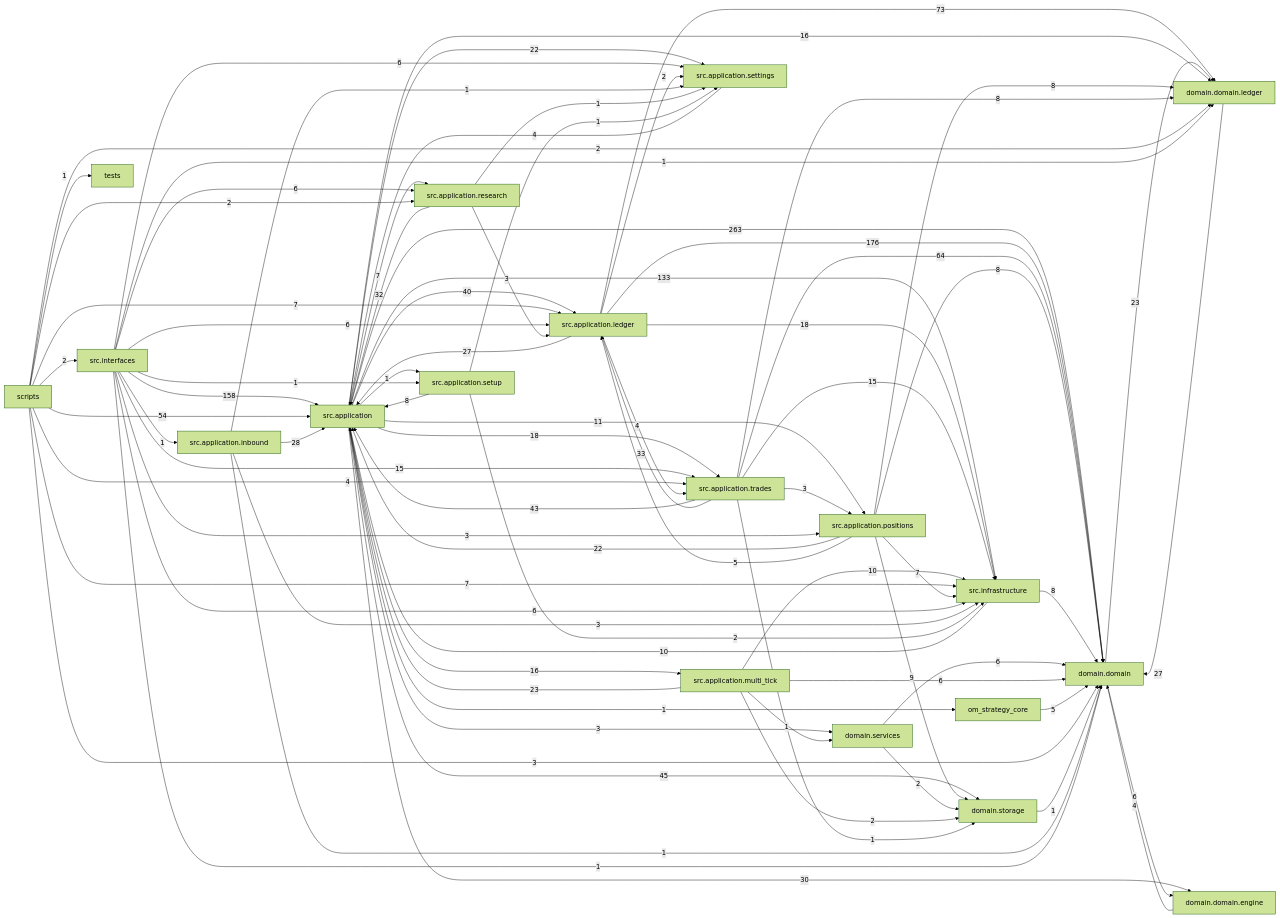
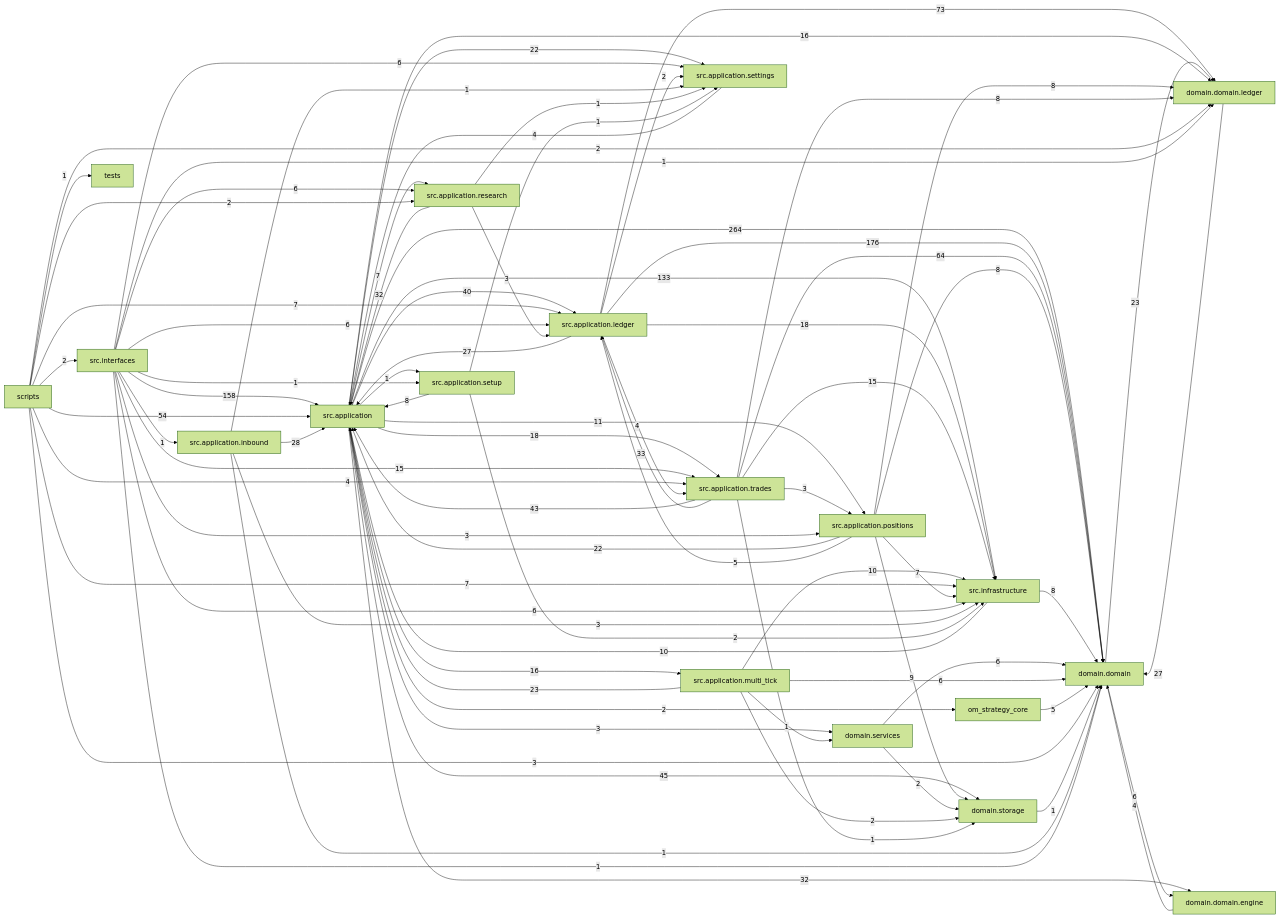
The diagram in docs/dependency_graph.mmd (liuxie066/options-monitor), drawn with Mermaid (forest theme) before and after one commit. The commit also changed 6 other files, not shown here.

```diff
--- a/docs/dependency_graph.mmd
+++ b/docs/dependency_graph.mmd
@@ -1,80 +1,80 @@
 flowchart LR
-  src_application["src.application"] -->|263| domain_domain["domain.domain"]
+  src_application["src.application"] -->|264| domain_domain["domain.domain"]
   src_application_ledger["src.application.ledger"] -->|176| domain_domain["domain.domain"]
   src_interfaces["src.interfaces"] -->|158| src_application["src.application"]
   src_application["src.application"] -->|133| src_infrastructure["src.infrastructure"]
   src_application_ledger["src.application.ledger"] -->|73| domain_domain_ledger["domain.domain.ledger"]
   src_application_trades["src.application.trades"] -->|64| domain_domain["domain.domain"]
   scripts["scripts"] -->|54| src_application["src.application"]
   src_application["src.application"] -->|45| domain_storage["domain.storage"]
   src_application_trades["src.application.trades"] -->|43| src_application["src.application"]
   src_application["src.application"] -->|40| src_application_ledger["src.application.ledger"]
   src_application_trades["src.application.trades"] -->|33| src_application_ledger["src.application.ledger"]
+  src_application["src.application"] -->|32| domain_domain_engine["domain.domain.engine"]
   src_application_research["src.application.research"] -->|32| src_application["src.application"]
-  src_application["src.application"] -->|30| domain_domain_engine["domain.domain.engine"]
   src_application_inbound["src.application.inbound"] -->|28| src_application["src.application"]
   domain_domain_ledger["domain.domain.ledger"] -->|27| domain_domain["domain.domain"]
   src_application_ledger["src.application.ledger"] -->|27| src_application["src.application"]
   domain_domain["domain.domain"] -->|23| domain_domain_ledger["domain.domain.ledger"]
   src_application_multi_tick["src.application.multi_tick"] -->|23| src_application["src.application"]
   src_application["src.application"] -->|22| src_application_settings["src.application.settings"]
   src_application_positions["src.application.positions"] -->|22| src_application["src.application"]
   src_application["src.application"] -->|18| src_application_trades["src.application.trades"]
   src_application_ledger["src.application.ledger"] -->|18| src_infrastructure["src.infrastructure"]
   src_application["src.application"] -->|16| domain_domain_ledger["domain.domain.ledger"]
   src_application["src.application"] -->|16| src_application_multi_tick["src.application.multi_tick"]
   src_application_trades["src.application.trades"] -->|15| src_infrastructure["src.infrastructure"]
   src_interfaces["src.interfaces"] -->|15| src_application_trades["src.application.trades"]
   src_application["src.application"] -->|11| src_application_positions["src.application.positions"]
   src_application_multi_tick["src.application.multi_tick"] -->|10| src_infrastructure["src.infrastructure"]
   src_infrastructure["src.infrastructure"] -->|10| src_application["src.application"]
   src_application_positions["src.application.positions"] -->|9| domain_storage["domain.storage"]
   src_application_positions["src.application.positions"] -->|8| domain_domain["domain.domain"]
   src_application_positions["src.application.positions"] -->|8| domain_domain_ledger["domain.domain.ledger"]
   src_application_setup["src.application.setup"] -->|8| src_application["src.application"]
   src_application_trades["src.application.trades"] -->|8| domain_domain_ledger["domain.domain.ledger"]
   src_infrastructure["src.infrastructure"] -->|8| domain_domain["domain.domain"]
   scripts["scripts"] -->|7| src_application_ledger["src.application.ledger"]
   scripts["scripts"] -->|7| src_infrastructure["src.infrastructure"]
   src_application["src.application"] -->|7| src_application_research["src.application.research"]
   src_application_positions["src.application.positions"] -->|7| src_infrastructure["src.infrastructure"]
   domain_domain["domain.domain"] -->|6| domain_domain_engine["domain.domain.engine"]
   domain_services["domain.services"] -->|6| domain_domain["domain.domain"]
   src_application_multi_tick["src.application.multi_tick"] -->|6| domain_domain["domain.domain"]
   src_interfaces["src.interfaces"] -->|6| src_application_ledger["src.application.ledger"]
   src_interfaces["src.interfaces"] -->|6| src_application_research["src.application.research"]
   src_interfaces["src.interfaces"] -->|6| src_application_settings["src.application.settings"]
   src_interfaces["src.interfaces"] -->|6| src_infrastructure["src.infrastructure"]
   om_strategy_core["om_strategy_core"] -->|5| domain_domain["domain.domain"]
   src_application_positions["src.application.positions"] -->|5| src_application_ledger["src.application.ledger"]
   domain_domain_engine["domain.domain.engine"] -->|4| domain_domain["domain.domain"]
   scripts["scripts"] -->|4| src_application_trades["src.application.trades"]
   src_application_ledger["src.application.ledger"] -->|4| src_application_trades["src.application.trades"]
   src_application_settings["src.application.settings"] -->|4| src_application["src.application"]
   scripts["scripts"] -->|3| domain_domain["domain.domain"]
   src_application["src.application"] -->|3| domain_services["domain.services"]
   src_application_inbound["src.application.inbound"] -->|3| src_infrastructure["src.infrastructure"]
   src_application_research["src.application.research"] -->|3| src_application_ledger["src.application.ledger"]
   src_application_trades["src.application.trades"] -->|3| src_application_positions["src.application.positions"]
   src_interfaces["src.interfaces"] -->|3| src_application_positions["src.application.positions"]
   domain_services["domain.services"] -->|2| domain_storage["domain.storage"]
   scripts["scripts"] -->|2| domain_domain_ledger["domain.domain.ledger"]
   scripts["scripts"] -->|2| src_application_research["src.application.research"]
   scripts["scripts"] -->|2| src_interfaces["src.interfaces"]
+  src_application["src.application"] -->|2| om_strategy_core["om_strategy_core"]
   src_application_ledger["src.application.ledger"] -->|2| src_application_settings["src.application.settings"]
   src_application_multi_tick["src.application.multi_tick"] -->|2| domain_storage["domain.storage"]
   src_application_setup["src.application.setup"] -->|2| src_infrastructure["src.infrastructure"]
   domain_storage["domain.storage"] -->|1| domain_domain["domain.domain"]
   scripts["scripts"] -->|1| tests["tests"]
-  src_application["src.application"] -->|1| om_strategy_core["om_strategy_core"]
   src_application["src.application"] -->|1| src_application_setup["src.application.setup"]
   src_application_inbound["src.application.inbound"] -->|1| domain_domain["domain.domain"]
   src_application_inbound["src.application.inbound"] -->|1| src_application_settings["src.application.settings"]
   src_application_multi_tick["src.application.multi_tick"] -->|1| domain_services["domain.services"]
   src_application_research["src.application.research"] -->|1| src_application_settings["src.application.settings"]
   src_application_setup["src.application.setup"] -->|1| src_application_settings["src.application.settings"]
   src_application_trades["src.application.trades"] -->|1| domain_storage["domain.storage"]
   src_interfaces["src.interfaces"] -->|1| domain_domain["domain.domain"]
   src_interfaces["src.interfaces"] -->|1| domain_domain_ledger["domain.domain.ledger"]
   src_interfaces["src.interfaces"] -->|1| src_application_inbound["src.application.inbound"]
   src_interfaces["src.interfaces"] -->|1| src_application_setup["src.application.setup"]
```
